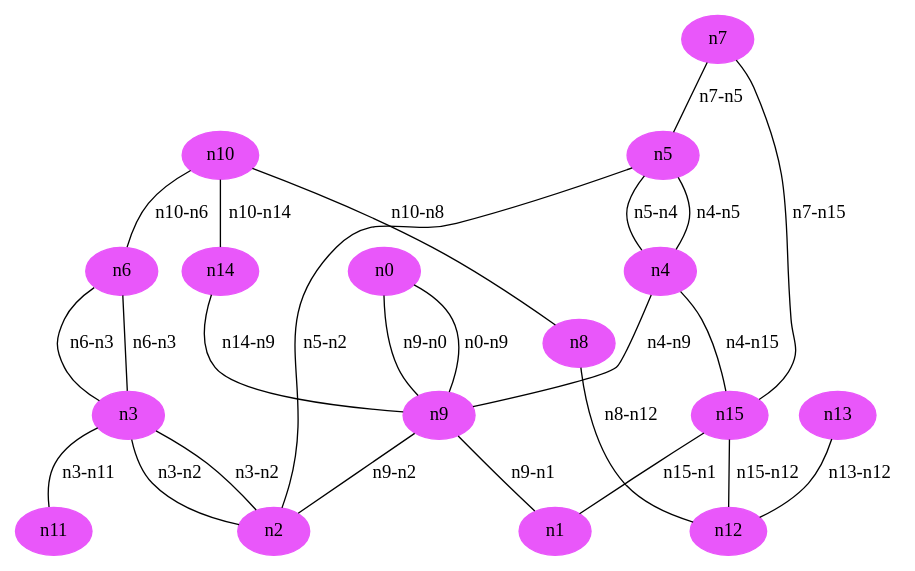
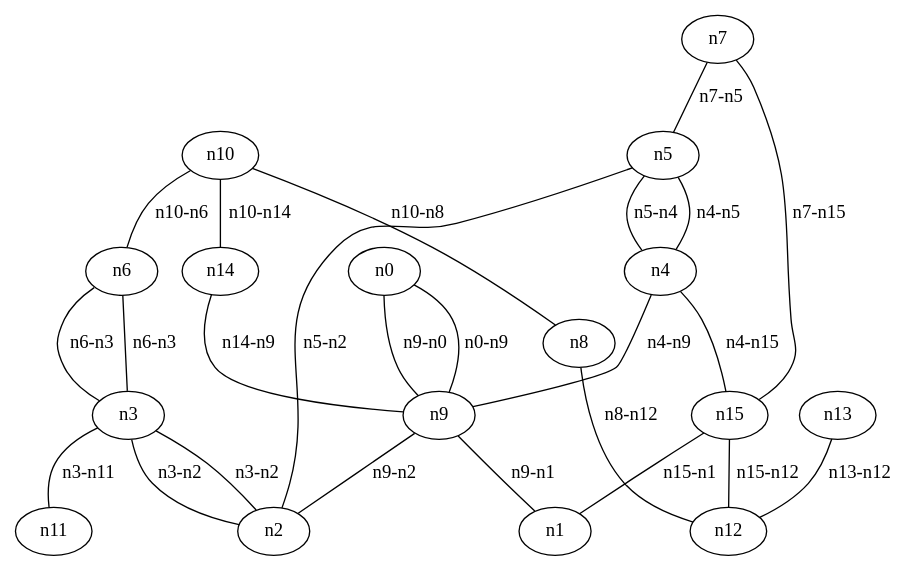
The diagram in graphs/depGraph0.dot (mLavacca/graph-creator), drawn with Graphviz before and after one commit. The commit also changed 1 other file, not shown here.

Commit message:
graphs changed

```diff
--- a/graphs/depGraph0.dot
+++ b/graphs/depGraph0.dot
@@ -1,43 +1,42 @@
 graph{
-	node[style="filled", color="#E957FA"]
 	0[label="cpuOffloading - request:201.42 - limit:213.91", label="n0"];
 	1[label="cpuOffloading - request:203.46 - limit:302.10", label="n1"];
 	2[label="cpuOffloading - request:343.76 - limit:365.99", label="n2"];
 	3[label="cpuOffloading - request:315.88 - limit:386.27", label="n3"];
 	4[label="cpuOffloading - request:142.20 - limit:260.66", label="n4"];
 	5[label="cpuOffloading - request:184.04 - limit:280.95", label="n5"];
 	6[label="cpuOffloading - request:87.19 - limit:107.41", label="n6"];
 	7[label="cpuOffloading - request:375.82 - limit:399.63", label="n7"];
 	8[label="cpuOffloading - request:180.27 - limit:387.93", label="n8"];
 	9[label="cpuOffloading - request:112.18 - limit:205.15", label="n9"];
 	10[label="cpuOffloading - request:135.78 - limit:266.09", label="n10"];
 	11[label="cpuOffloading - request:74.60 - limit:101.11", label="n11"];
 	12[label="cpuOffloading - request:360.76 - limit:392.51", label="n12"];
 	13[label="cpuOffloading - request:73.99 - limit:84.52", label="n13"];
 	14[label="cpuOffloading - request:77.02 - limit:372.74", label="n14"];
 	15[label="cpuOffloading - request:324.61 - limit:352.72", label="n15"];
 	9 -- 0[label="latency - value:31.95", label="n9-n0"];
 	9 -- 1[label="latency - value:48.40", label="n9-n1"];
 	8 -- 12[label="latency - value:39.67", label="n8-n12"];
 	15 -- 1[label="latency - value:29.21", label="n15-n1"];
 	4 -- 15[label="latency - value:14.55", label="n4-n15"];
 	5 -- 2[label="latency - value:63.95", label="n5-n2"];
 	3 -- 11[label="latency - value:44.97", label="n3-n11"];
 	3 -- 2[label="latency - value:41.90", label="n3-n2"];
 	10 -- 6[label="latency - value:19.93", label="n10-n6"];
 	15 -- 12[label="latency - value:40.85", label="n15-n12"];
 	10 -- 8[label="latency - value:12.64", label="n10-n8"];
 	6 -- 3[label="latency - value:58.69", label="n6-n3"];
 	4 -- 5[label="latency - value:78.88", label="n4-n5"];
 	13 -- 12[label="latency - value:35.07", label="n13-n12"];
 	5 -- 4[label="latency - value:16.49", label="n5-n4"];
 	7 -- 15[label="latency - value:8.15", label="n7-n15"];
 	9 -- 2[label="latency - value:21.53", label="n9-n2"];
 	14 -- 9[label="latency - value:72.20", label="n14-n9"];
 	3 -- 2[label="latency - value:8.83", label="n3-n2"];
 	4 -- 9[label="latency - value:29.83", label="n4-n9"];
 	0 -- 9[label="latency - value:65.20", label="n0-n9"];
 	6 -- 3[label="latency - value:68.82", label="n6-n3"];
 	7 -- 5[label="latency - value:57.89", label="n7-n5"];
 	10 -- 14[label="latency - value:70.89", label="n10-n14"];
 }
```
